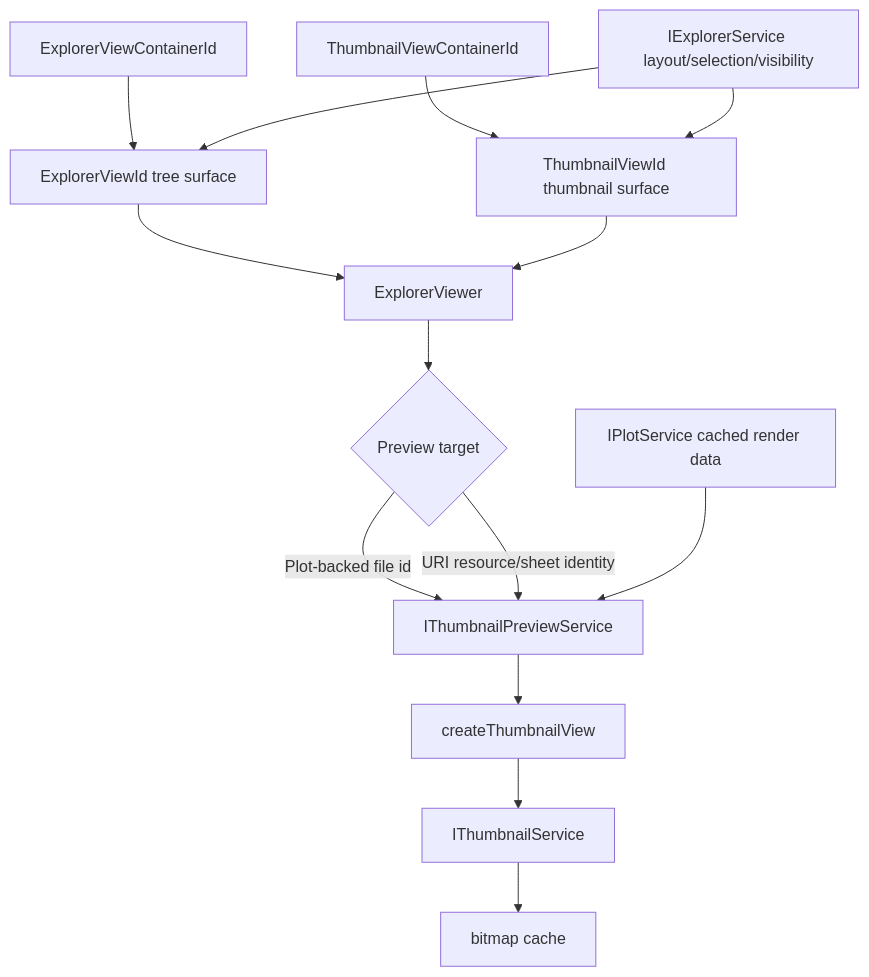
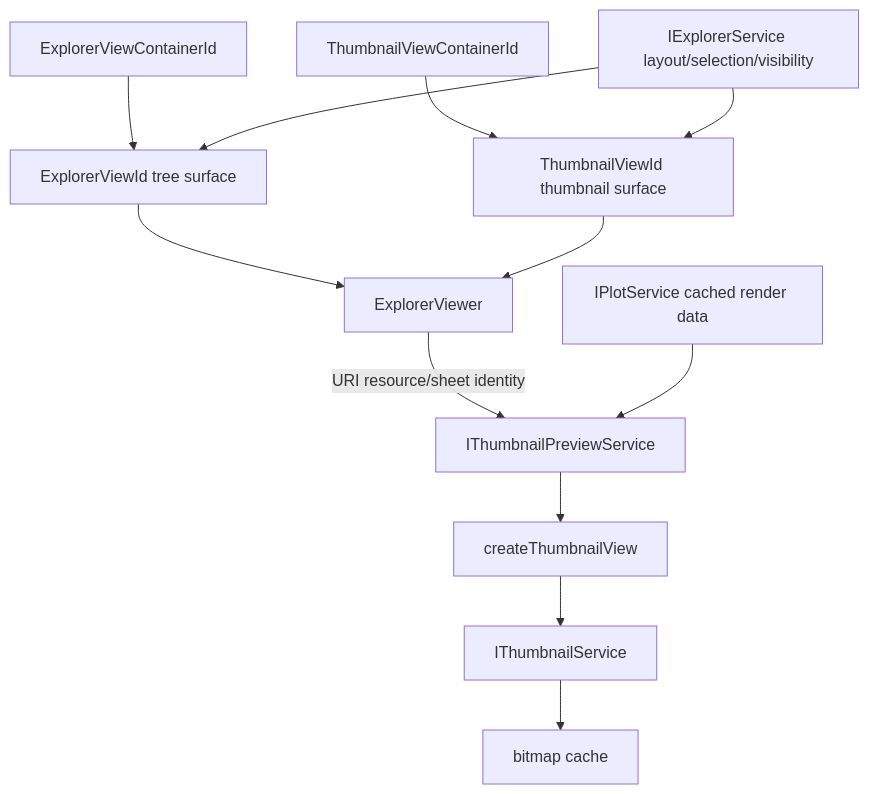
One commit to chogng/conductor changed the diagram in .github/instructions/thumbnail.instructions.md. Above: the diagram before and after it, drawn with Mermaid. The commit also changed other lines of this file and 2 other files, not shown here.

Commit message:
Explorer preview 只使用 { resource, sheetId }，删除这次引入的 fileId fallback。 preview 事件直接解析 event.resource + event.sheetId，不再读取旧的 event.target。 无资源的 Explorer 行保持 idle，不会发起缩略图请求。 四个 legacy 测试已迁移为 URI 事件。

````diff
--- a/.github/instructions/thumbnail.instructions.md
+++ b/.github/instructions/thumbnail.instructions.md
@@ -85,16 +85,14 @@
 ```mermaid
 flowchart TD
     WorkbenchFilesContainer[ExplorerViewContainerId] --> ExplorerSurface[ExplorerViewId tree surface]
     WorkbenchThumbnailContainer[ThumbnailViewContainerId] --> ThumbnailSurface[ThumbnailViewId thumbnail surface]
     ExplorerService[IExplorerService layout/selection/visibility] --> ExplorerSurface
     ExplorerService --> ThumbnailSurface
     ExplorerSurface --> ExplorerViewer[ExplorerViewer]
     ThumbnailSurface --> ExplorerViewer
-    ExplorerViewer --> PreviewTarget{Preview target}
-    PreviewTarget -->|Plot-backed file id| ThumbnailPreviewService[IThumbnailPreviewService]
-    PreviewTarget -->|URI resource/sheet identity| ThumbnailPreviewService
+    ExplorerViewer -->|URI resource/sheet identity| ThumbnailPreviewService[IThumbnailPreviewService]
     Plot[IPlotService cached render data] --> ThumbnailPreviewService
     ThumbnailPreviewService --> ThumbnailView[createThumbnailView]
     ThumbnailView --> ThumbnailService[IThumbnailService]
     ThumbnailService --> Cache[bitmap cache]
 ```
````
